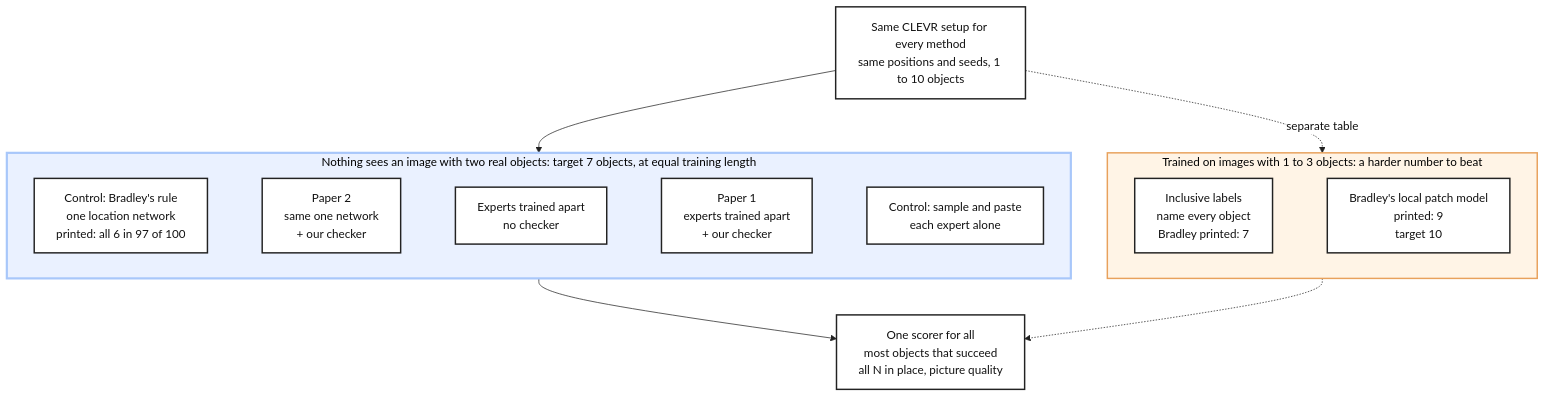
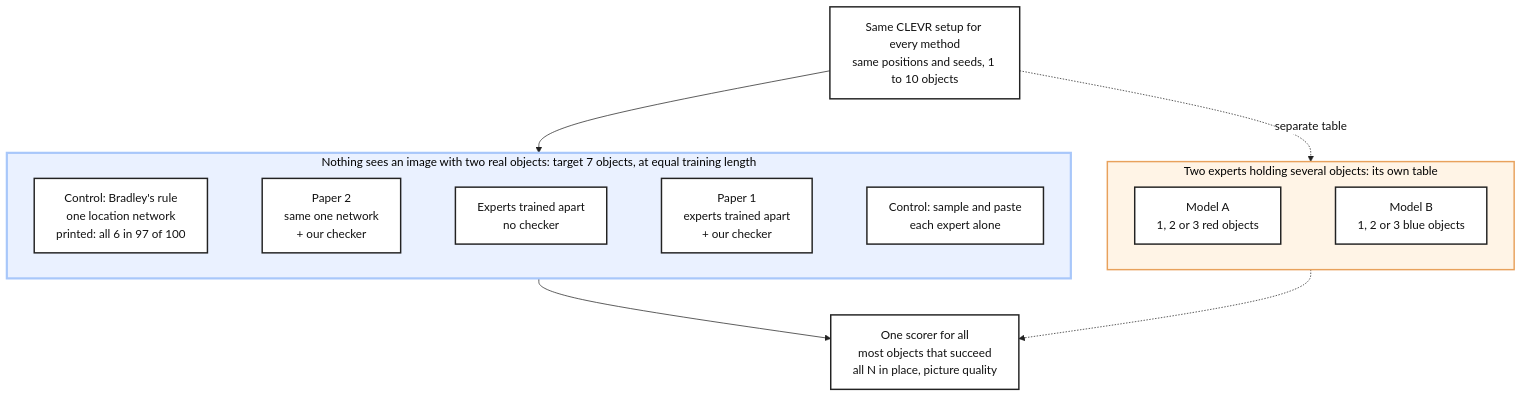
One commit to mo-rsa24/concept-composition changed the diagram in artifacts/notes/progress/targets/one-clevr-experiment-for-both-papers.mmd. Above: the diagram before and after it, drawn with Mermaid. The commit also changed 4 other files, not shown here.

Commit message:
Targets: drop the inclusive-label CLEVR table and record the ToMe and GenEval reruns

```diff
--- a/artifacts/notes/progress/targets/one-clevr-experiment-for-both-papers.mmd
+++ b/artifacts/notes/progress/targets/one-clevr-experiment-for-both-papers.mmd
@@ -1,28 +1,28 @@
 %%{init: {'theme': 'base', 'themeVariables': {'fontFamily': 'monospace', 'primaryColor': '#ffffff', 'primaryBorderColor': '#222222', 'primaryTextColor': '#111111', 'lineColor': '#222222'}}}%%
 flowchart TD
     D["Same CLEVR setup for every method<br/>same positions and seeds, 1 to 10 objects"]
     subgraph ONE["Nothing sees an image with two real objects: target 7 objects, at equal training length"]
         direction LR
         B["Control: Bradley's rule<br/>one location network<br/>printed: all 6 in 97 of 100"]
         P2["Paper 2<br/>same one network<br/>+ our checker"]
         E["Experts trained apart<br/>no checker"]
         P1["Paper 1<br/>experts trained apart<br/>+ our checker"]
         C["Control: sample and paste<br/>each expert alone"]
     end
-    subgraph MANY["Trained on images with 1 to 3 objects: a harder number to beat"]
+    subgraph TWO["Two experts holding several objects: its own table"]
         direction LR
-        I["Inclusive labels<br/>name every object<br/>Bradley printed: 7"]
-        L["Bradley's local patch model<br/>printed: 9<br/>target 10"]
+        A["Model A<br/>1, 2 or 3 red objects"]
+        R["Model B<br/>1, 2 or 3 blue objects"]
     end
     S["One scorer for all<br/>most objects that succeed<br/>all N in place, picture quality"]
     B ~~~ P2 ~~~ E ~~~ P1 ~~~ C
-    I ~~~ L
+    A ~~~ R
     D --> ONE
     ONE --> S
-    D -. "separate table" .-> MANY
-    MANY -.-> S
+    D -. "separate table" .-> TWO
+    TWO -.-> S
 
     classDef plain fill:#ffffff,stroke:#222222,stroke-width:2px,color:#111111
-    class D,B,P2,E,P1,C,I,L,S plain
+    class D,B,P2,E,P1,C,A,R,S plain
     style ONE fill:#eaf1ff,stroke:#a8c7fa,stroke-width:3px
-    style MANY fill:#fff4e6,stroke:#e8a15c,stroke-width:2px
+    style TWO fill:#fff4e6,stroke:#e8a15c,stroke-width:2px
```
